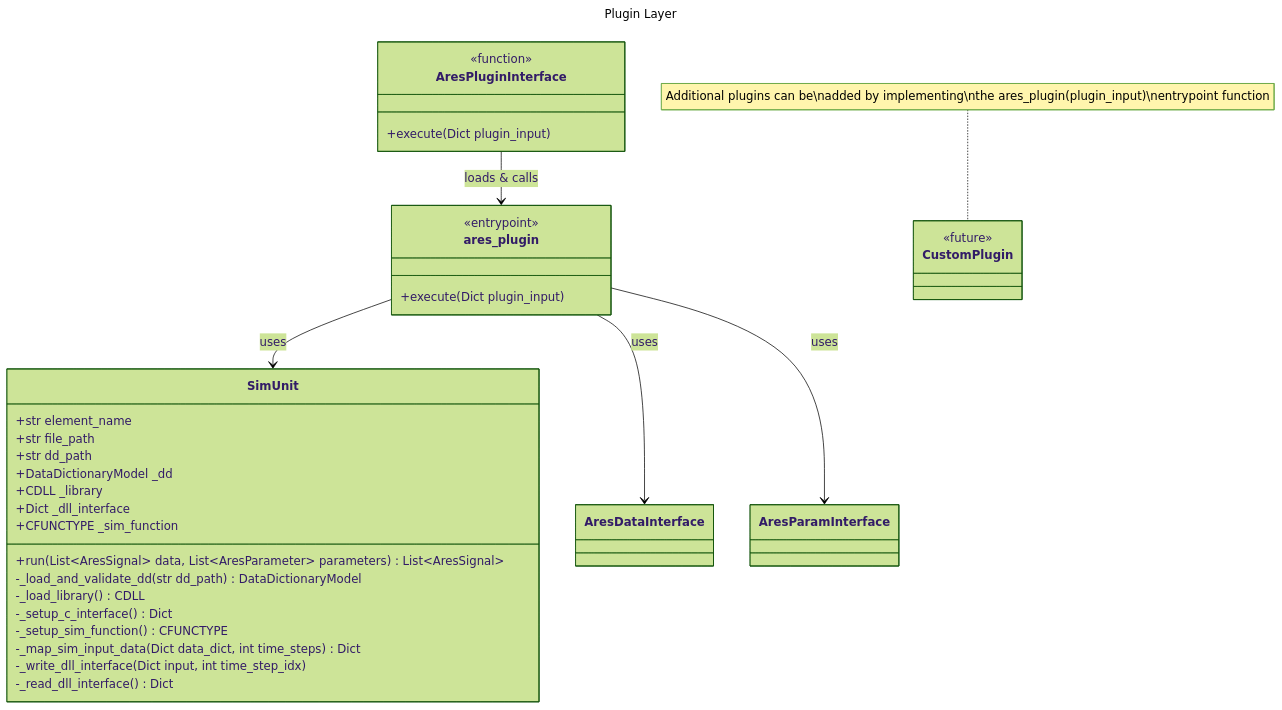
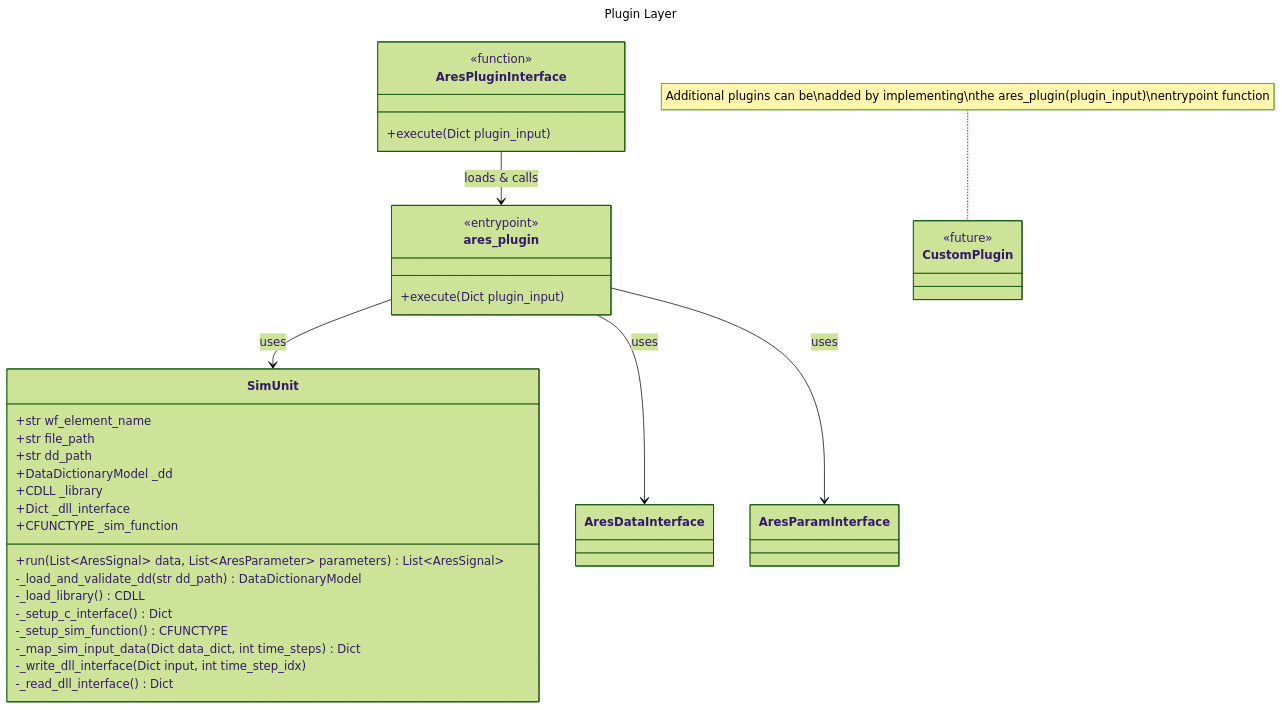
The third of 5 diagrams in architecture.md (olympus-tools/ARES), drawn with Mermaid (forest theme) before and after one commit. The commit also changed other lines of this file and 8 other files, not shown here.

Commit message:
AC: align naming convention => "element_name" for wf elements is "wf_element_name"

````diff
--- a/architecture.md
+++ b/architecture.md
@@ -112,44 +112,44 @@
 ```mermaid
 ---
 title: Plugin Layer
 ---
 classDiagram
     class AresPluginInterface{
         <<function>>
         +execute(Dict plugin_input)
     }
 
     class SimUnit{
-        +str element_name
+        +str wf_element_name
         +str file_path
         +str dd_path
         +DataDictionaryModel _dd
         +CDLL _library
         +Dict _dll_interface
         +CFUNCTYPE _sim_function
         +run(List~AresSignal~ data, List~AresParameter~ parameters) List~AresSignal~
         -_load_and_validate_dd(str dd_path) DataDictionaryModel
         -_load_library() CDLL
         -_setup_c_interface() Dict
         -_setup_sim_function() CFUNCTYPE
         -_map_sim_input_data(Dict data_dict, int time_steps) Dict
         -_write_dll_interface(Dict input, int time_step_idx)
         -_read_dll_interface() Dict
     }
 
     class ares_plugin{
         <<entrypoint>>
         +execute(Dict plugin_input)
     }
 
     class CustomPlugin{
         <<future>>
     }
 
     note for CustomPlugin "Additional plugins can be\nadded by implementing\nthe ares_plugin(plugin_input)\nentrypoint function"
 
     AresPluginInterface --> ares_plugin : loads & calls
     ares_plugin --> SimUnit : uses
     ares_plugin --> AresDataInterface : uses
     ares_plugin --> AresParamInterface : uses
 ```
````
